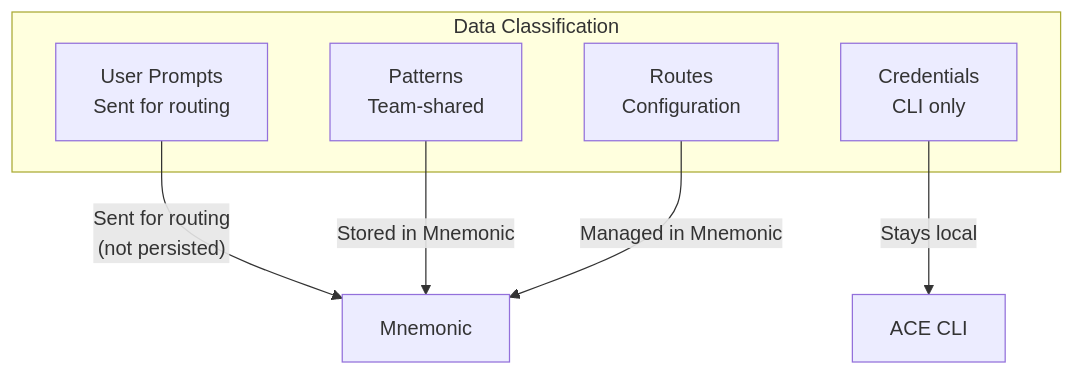
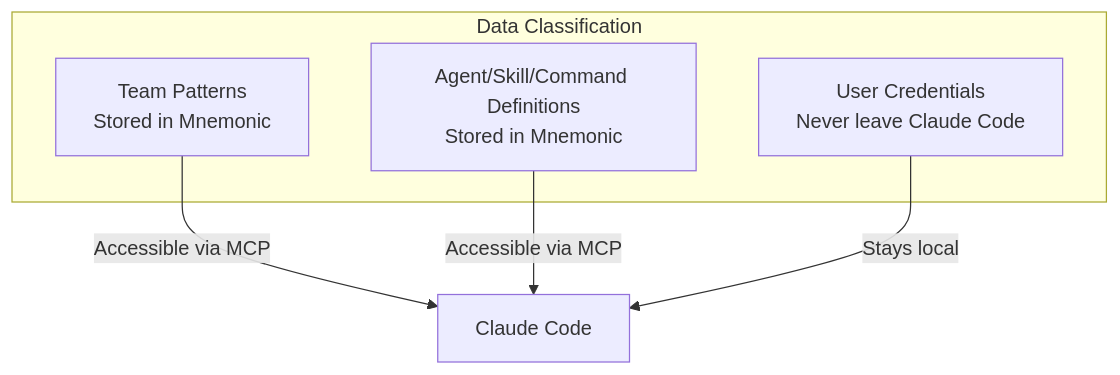
Before and after one commit to twistingmercury/mnemonic-mcp: the fifth of 5 diagrams in docs/architecture/04-communication-patterns.md, drawn with Mermaid. The commit also changed other lines of this file and 63 other files, not shown here.

````diff
--- a/docs/architecture/04-communication-patterns.md
+++ b/docs/architecture/04-communication-patterns.md
@@ -233,14 +270,12 @@
 ```mermaid
 graph TB
     subgraph "Data Classification"
-        PROMPT[User Prompts<br/>Sent for routing]
-        PATTERNS[Patterns<br/>Team-shared]
-        ROUTES[Routes<br/>Configuration]
-        CREDS[Credentials<br/>CLI only]
+        PATTERNS[Team Patterns<br/>Stored in Mnemonic]
+        TOOLING[Agent/Skill/Command Definitions<br/>Stored in Mnemonic]
+        CREDS[User Credentials<br/>Never leave Claude Code]
     end
 
-    PROMPT -->|"Sent for routing<br/>(not persisted)"| MN[Mnemonic]
-    PATTERNS -->|"Stored in Mnemonic"| MN
-    ROUTES -->|"Managed in Mnemonic"| MN
-    CREDS -->|"Stays local"| CLI[ACE CLI]
+    PATTERNS -->|"Accessible via MCP"| CC[Claude Code]
+    TOOLING -->|"Accessible via MCP"| CC
+    CREDS -->|"Stays local"| CC
 ```
````
